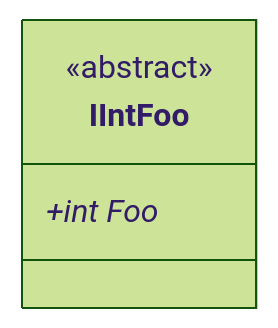
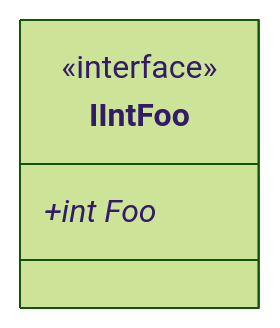
Before and after one commit to erichiller/gh-action-cs-metrics: the sixth of 7 diagrams in test/SampleProject/CODE_METRICS.md, drawn with Mermaid (forest theme). The commit also changed other lines of this file, not shown here.

````diff
--- a/test/SampleProject/CODE_METRICS.md
+++ b/test/SampleProject/CODE_METRICS.md
@@ -301,11 +301,11 @@
 ```mermaid
 %%{init: {
     'fontFamily': 'monospace'
 } }%%
 classDiagram
 class SomeRoot_SampleProject_IIntFoo ["IIntFoo"] {
-    <<abstract>>
+    <<interface>>
     +int Foo*
 }
 
 ```
````
